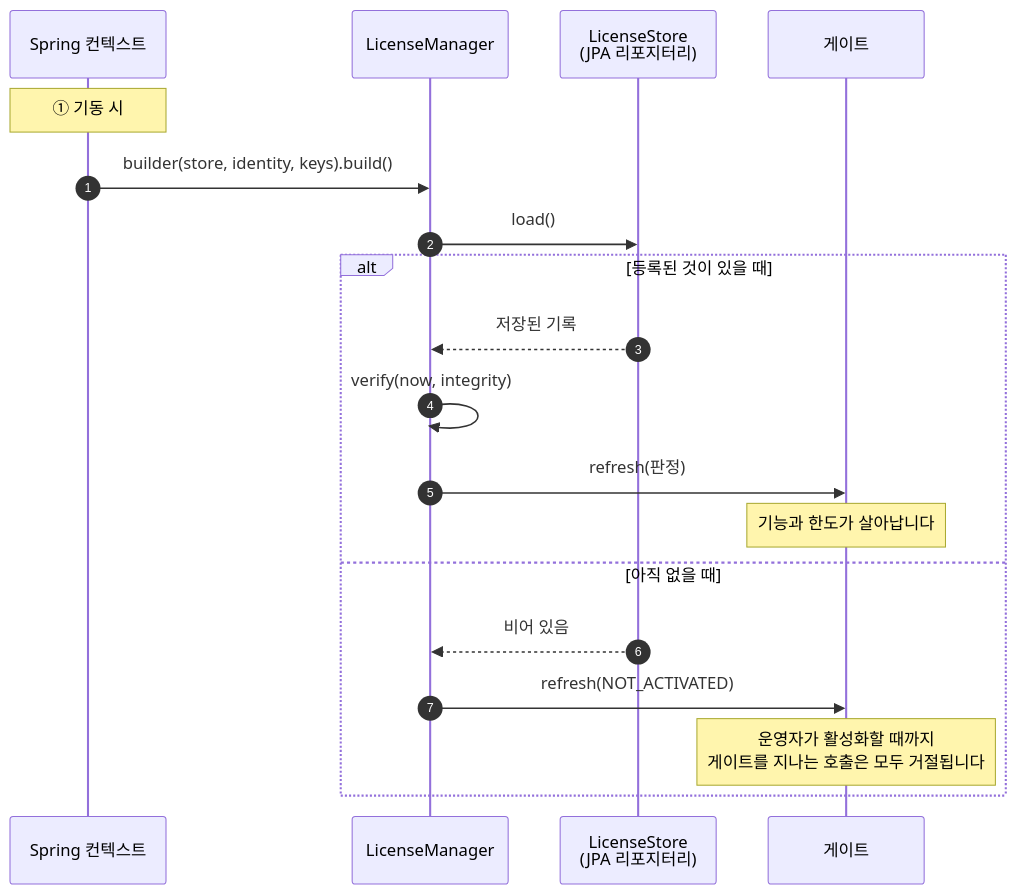
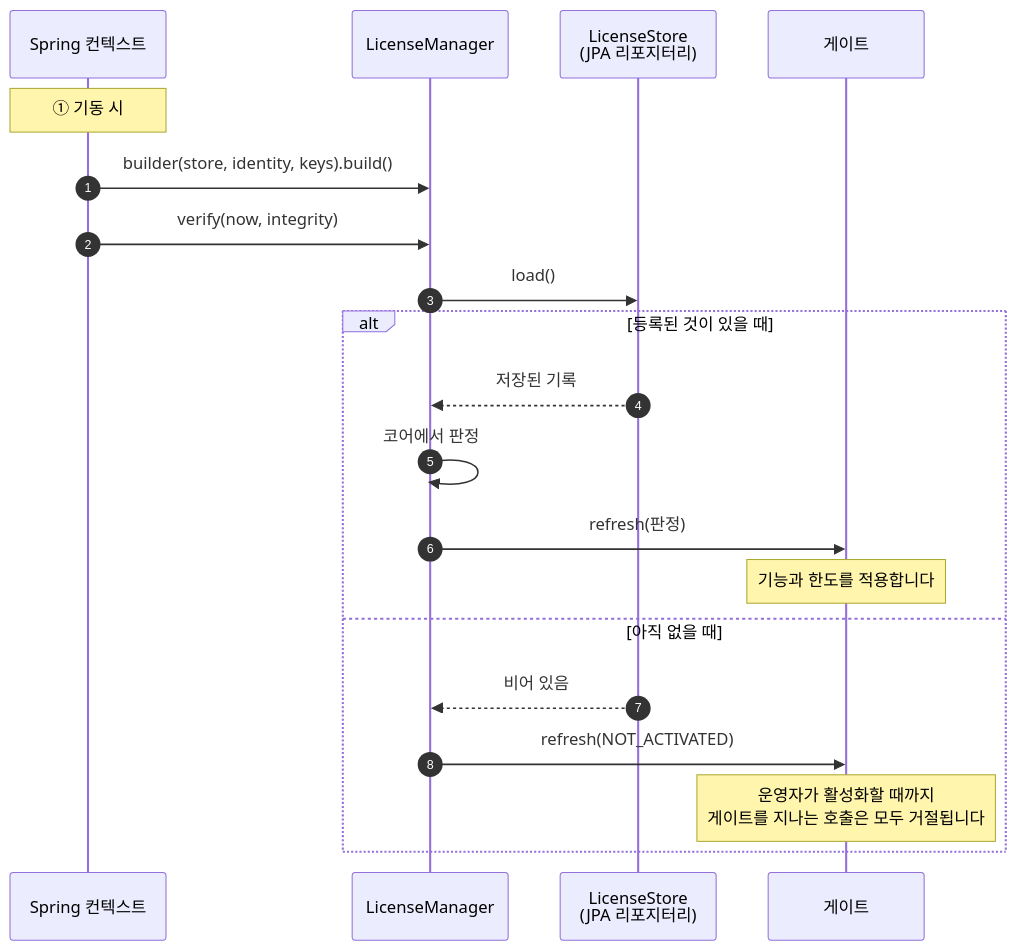
Before and after one commit to accesscore-dev/accesscore-license-sdk-dist: the first of 2 diagrams in docs/manual/ko/java.md, drawn with Mermaid. The commit also changed other lines of this file and 28 other files, not shown here.

````diff
--- a/docs/manual/ko/java.md
+++ b/docs/manual/ko/java.md
@@ -7,22 +7,23 @@
 ```mermaid
 sequenceDiagram
     autonumber
     participant Boot as Spring 컨텍스트
     participant Mgr as LicenseManager
     participant Store as LicenseStore<br/>(JPA 리포지터리)
     participant Gate as 게이트
 
     Note over Boot: ① 기동 시
     Boot->>Mgr: builder(store, identity, keys).build()
+    Boot->>Mgr: verify(now, integrity)
     Mgr->>Store: load()
     alt 등록된 것이 있을 때
         Store-->>Mgr: 저장된 기록
-        Mgr->>Mgr: verify(now, integrity)
+        Mgr->>Mgr: 코어에서 판정
         Mgr->>Gate: refresh(판정)
-        Note over Gate: 기능과 한도가 살아납니다
+        Note over Gate: 기능과 한도를 적용합니다
     else 아직 없을 때
         Store-->>Mgr: 비어 있음
         Mgr->>Gate: refresh(NOT_ACTIVATED)
         Note over Gate: 운영자가 활성화할 때까지<br/>게이트를 지나는 호출은 모두 거절됩니다
     end
 ```
````
